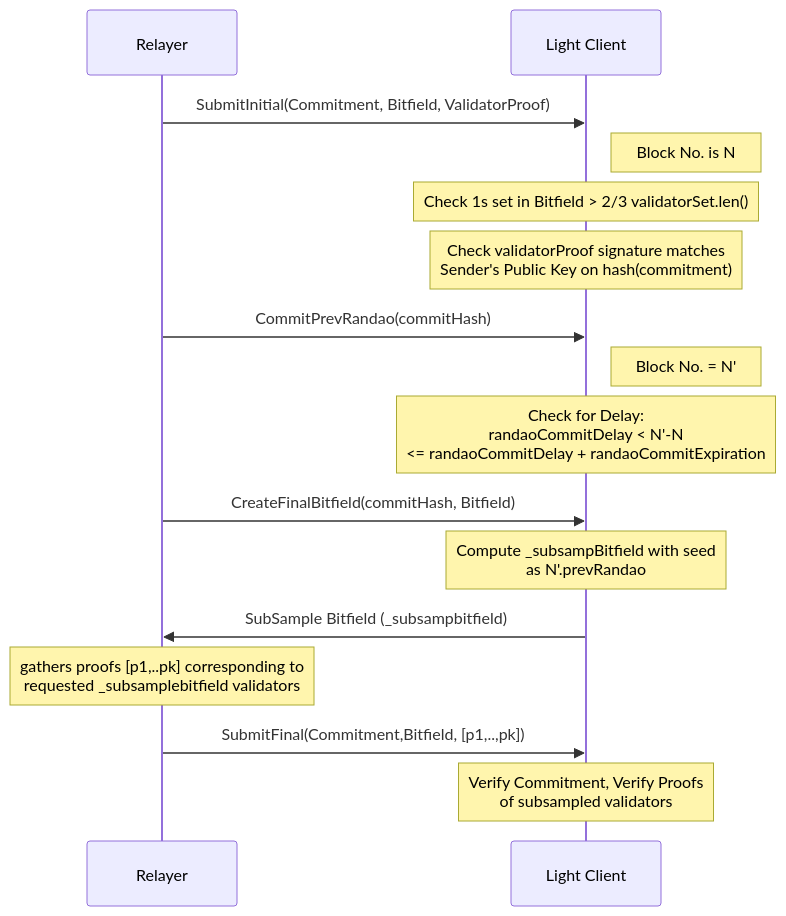
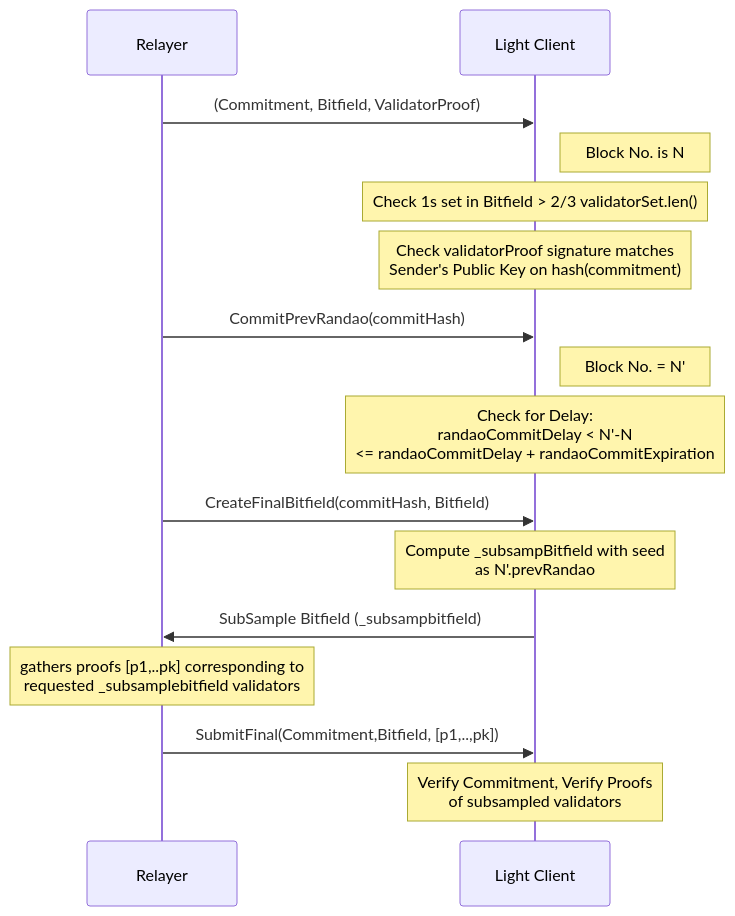
Before and after one commit to w3f/polkadot-spec-website: the diagram in docs/Implementation Guide/beefy-guide.md, drawn with Mermaid.

````diff
--- a/docs/Implementation Guide/beefy-guide.md
+++ b/docs/Implementation Guide/beefy-guide.md
@@ -24,19 +24,19 @@
 ```mermaid
 sequenceDiagram
     participant R as Relayer
     participant L as Light Client
-    R->>L: SubmitInitial(Commitment, Bitfield, ValidatorProof)
+    R->>L: (Commitment, Bitfield, ValidatorProof)
     Note right of L: Block No. is N
     Note over L: Check 1s set in Bitfield > 2/3 validatorSet.len() 
     Note over L: Check validatorProof signature matches <br> Sender's Public Key on hash(commitment)
     R->>L: CommitPrevRandao(commitHash)
     Note right of L: Block No. = N' 
     Note over L: Check for Delay: <br> randaoCommitDelay < N'-N  <br> <= randaoCommitDelay + randaoCommitExpiration
     R->>L: CreateFinalBitfield(commitHash, Bitfield) 
     Note over L: Compute _subsampBitfield with seed <br> as N'.prevRandao
     L->>R: SubSample Bitfield (_subsampbitfield)
     Note over R: gathers proofs [p1,..pk] corresponding to <br> requested _subsamplebitfield validators
     R->>L: SubmitFinal(Commitment,Bitfield, [p1,..,pk])
     Note over L: Verify Commitment, Verify Proofs <br> of subsampled validators
 
 ```
````
